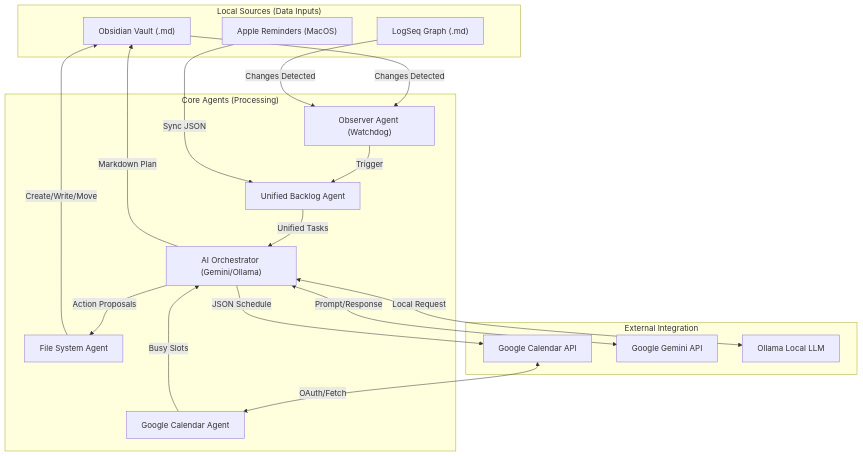
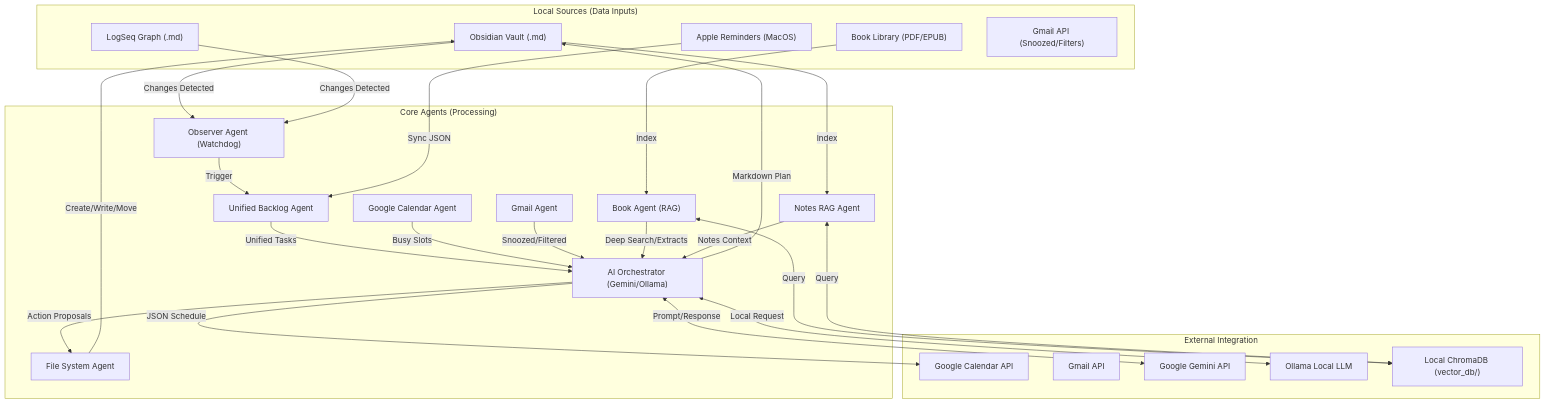
The diagram in docs/PROJECT_OVERVIEW.md (motethansen/ai_agent_assistant), drawn with Mermaid before and after one commit. The commit also changed other lines of this file and 3 other files, not shown here.

First line of the commit message:
docs: update system architecture and features documentation

````diff
--- a/docs/PROJECT_OVERVIEW.md
+++ b/docs/PROJECT_OVERVIEW.md
@@ -7,45 +7,60 @@
 ```mermaid
 graph TD
     subgraph "Local Sources (Data Inputs)"
         Obsidian["Obsidian Vault (.md)"]
         LogSeq["LogSeq Graph (.md)"]
         AppleRem["Apple Reminders (MacOS)"]
+        Books["Book Library (PDF/EPUB)"]
+        Gmail["Gmail API (Snoozed/Filters)"]
     end
 
     subgraph "Core Agents (Processing)"
         ObserverAgent["Observer Agent (Watchdog)"]
         BacklogAgent["Unified Backlog Agent"]
         CalendarAgent["Google Calendar Agent"]
         AIOrcAgent["AI Orchestrator (Gemini/Ollama)"]
         FSAgent["File System Agent"]
+        BookAgent["Book Agent (RAG)"]
+        GmailAgent["Gmail Agent"]
+        RAGAgent["Notes RAG Agent"]
     end
 
     subgraph "External Integration"
         GCalAPI["Google Calendar API"]
+        GmailAPI["Gmail API"]
         GeminiAPI["Google Gemini API"]
         OllamaLocal["Ollama Local LLM"]
+        VectorDB["Local ChromaDB (vector_db/)"]
     end
 
     %% Flow: Observation
     Obsidian -->|Changes Detected| ObserverAgent
     LogSeq -->|Changes Detected| ObserverAgent
     
     %% Flow: Backlog Gathering
     ObserverAgent -->|Trigger| BacklogAgent
     AppleRem -->|Sync JSON| BacklogAgent
     BacklogAgent -->|Unified Tasks| AIOrcAgent
     
-    %% Flow: Context Gathering
+    %% Flow: Context & Research
     CalendarAgent -->|Busy Slots| AIOrcAgent
-    GCalAPI <-->|OAuth/Fetch| CalendarAgent
+    GmailAgent -->|Snoozed/Filtered| AIOrcAgent
+    BookAgent -->|Deep Search/Extracts| AIOrcAgent
+    RAGAgent -->|Notes Context| AIOrcAgent
     
     %% Flow: AI Processing
     AIOrcAgent <-->|Prompt/Response| GeminiAPI
     AIOrcAgent <-->|Local Request| OllamaLocal
     
     %% Flow: Execution & Sync
     AIOrcAgent -->|JSON Schedule| GCalAPI
     AIOrcAgent -->|Markdown Plan| Obsidian
     AIOrcAgent -->|Action Proposals| FSAgent
     FSAgent -->|Create/Write/Move| Obsidian
+    
+    %% Flow: Vector DB
+    Books -->|Index| BookAgent
+    Obsidian -->|Index| RAGAgent
+    BookAgent <-->|Query| VectorDB
+    RAGAgent <-->|Query| VectorDB
 ```
````
